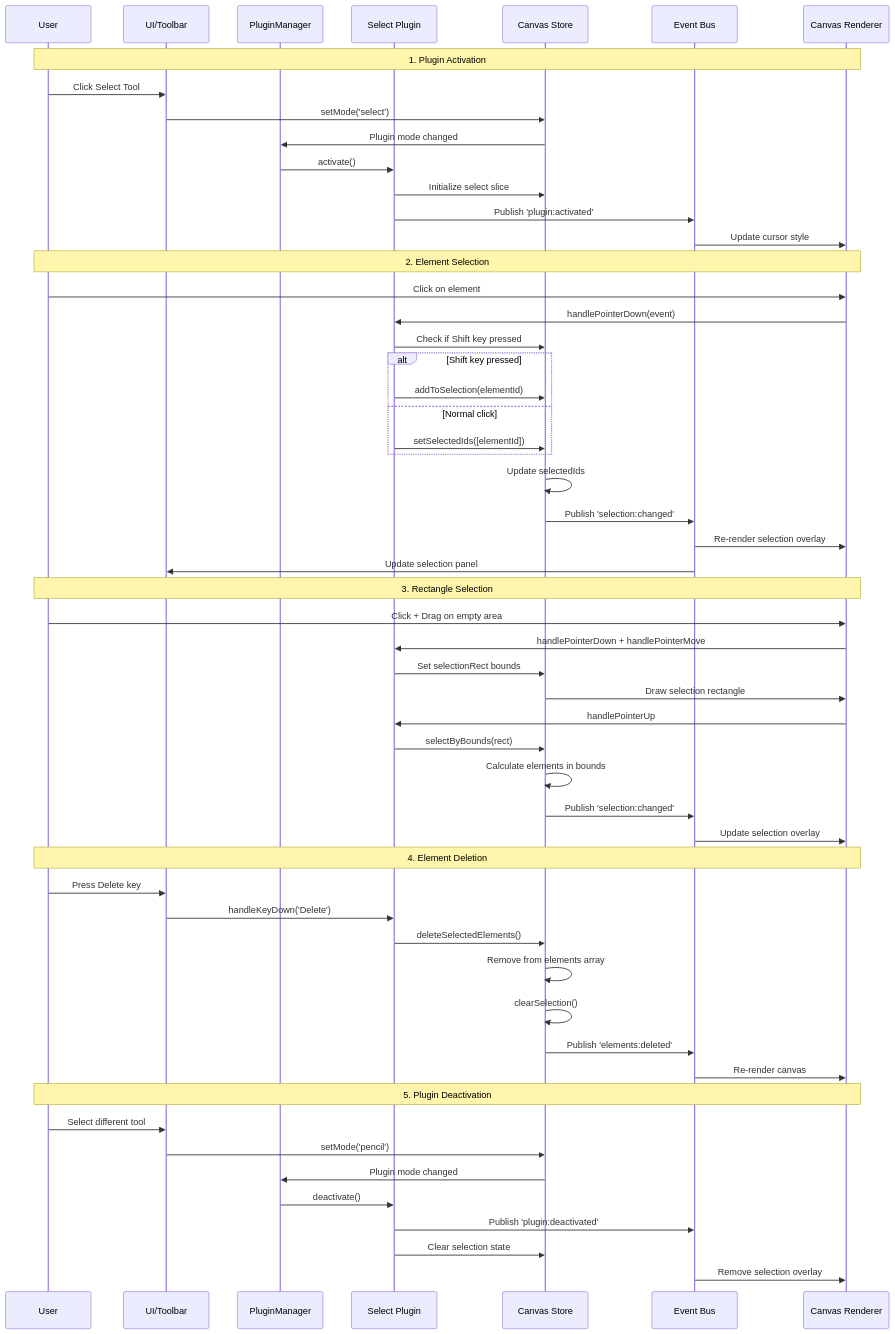
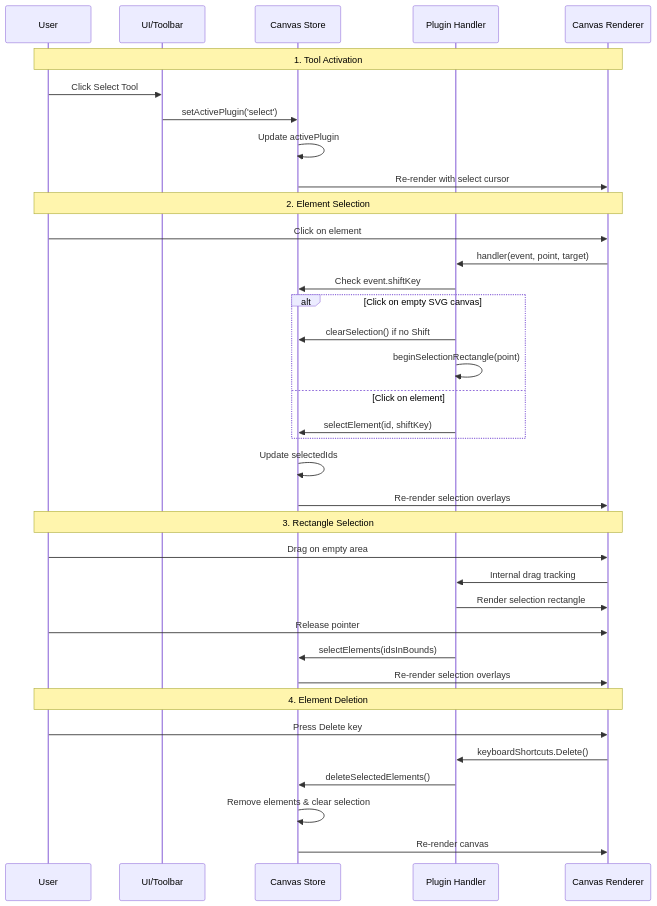
One commit to ekrsulov/ttpe changed the first of 2 diagrams in doc/docs/plugins/catalog/select.md. Above: the diagram before and after it, drawn with Mermaid. The commit also changed other lines of this file and 20 other files, not shown here.

````diff
--- a/doc/docs/plugins/catalog/select.md
+++ b/doc/docs/plugins/catalog/select.md
@@ -27,65 +27,45 @@
 ```mermaid
 sequenceDiagram
     participant User
     participant UI as UI/Toolbar
-    participant PM as PluginManager
-    participant SP as Select Plugin
     participant Store as Canvas Store
-    participant EB as Event Bus
+    participant Handler as Plugin Handler
     participant Canvas as Canvas Renderer
     
-    Note over User,Canvas: 1. Plugin Activation
+    Note over User,Canvas: 1. Tool Activation
     User->>UI: Click Select Tool
-    UI->>Store: setMode('select')
-    Store->>PM: Plugin mode changed
-    PM->>SP: activate()
-    SP->>Store: Initialize select slice
-    SP->>EB: Publish 'plugin:activated'
-    EB->>Canvas: Update cursor style
+    UI->>Store: setActivePlugin('select')
+    Store->>Store: Update activePlugin
+    Store->>Canvas: Re-render with select cursor
     
     Note over User,Canvas: 2. Element Selection
     User->>Canvas: Click on element
-    Canvas->>SP: handlePointerDown(event)
-    SP->>Store: Check if Shift key pressed
+    Canvas->>Handler: handler(event, point, target)
+    Handler->>Store: Check event.shiftKey
     
-    alt Shift key pressed
-        SP->>Store: addToSelection(elementId)
-    else Normal click
-        SP->>Store: setSelectedIds([elementId])
+    alt Click on empty SVG canvas
+        Handler->>Store: clearSelection() if no Shift
+        Handler->>Handler: beginSelectionRectangle(point)
+    else Click on element
+        Handler->>Store: selectElement(id, shiftKey)
     end
     
     Store->>Store: Update selectedIds
-    Store->>EB: Publish 'selection:changed'
-    EB->>Canvas: Re-render selection overlay
-    EB->>UI: Update selection panel
+    Store->>Canvas: Re-render selection overlays
     
     Note over User,Canvas: 3. Rectangle Selection
-    User->>Canvas: Click + Drag on empty area
-    Canvas->>SP: handlePointerDown + handlePointerMove
-    SP->>Store: Set selectionRect bounds
-    Store->>Canvas: Draw selection rectangle
+    User->>Canvas: Drag on empty area
+    Canvas->>Handler: Internal drag tracking
+    Handler->>Canvas: Render selection rectangle
     
-    Canvas->>SP: handlePointerUp
-    SP->>Store: selectByBounds(rect)
-    Store->>Store: Calculate elements in bounds
-    Store->>EB: Publish 'selection:changed'
-    EB->>Canvas: Update selection overlay
+    User->>Canvas: Release pointer
+    Handler->>Store: selectElements(idsInBounds)
+    Store->>Canvas: Re-render selection overlays
     
     Note over User,Canvas: 4. Element Deletion
-    User->>UI: Press Delete key
-    UI->>SP: handleKeyDown('Delete')
-    SP->>Store: deleteSelectedElements()
-    Store->>Store: Remove from elements array
-    Store->>Store: clearSelection()
-    Store->>EB: Publish 'elements:deleted'
-    EB->>Canvas: Re-render canvas
-    
-    Note over User,Canvas: 5. Plugin Deactivation
-    User->>UI: Select different tool
-    UI->>Store: setMode('pencil')
-    Store->>PM: Plugin mode changed
-    PM->>SP: deactivate()
-    SP->>EB: Publish 'plugin:deactivated'
-    SP->>Store: Clear selection state
-    EB->>Canvas: Remove selection overlay
+    User->>Canvas: Press Delete key
+    Canvas->>Handler: keyboardShortcuts.Delete()
+    Handler->>Store: deleteSelectedElements()
+    Store->>Store: Remove elements & clear selection
+    Store->>Canvas: Re-render canvas
 ```
````
